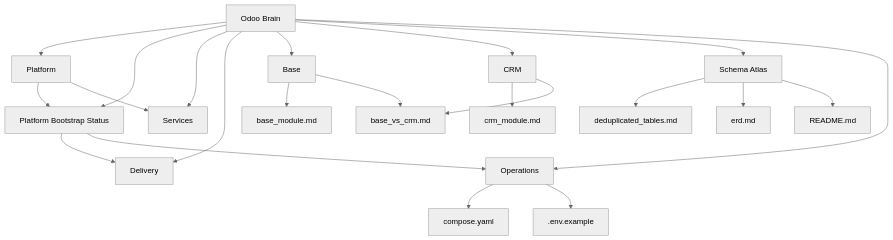
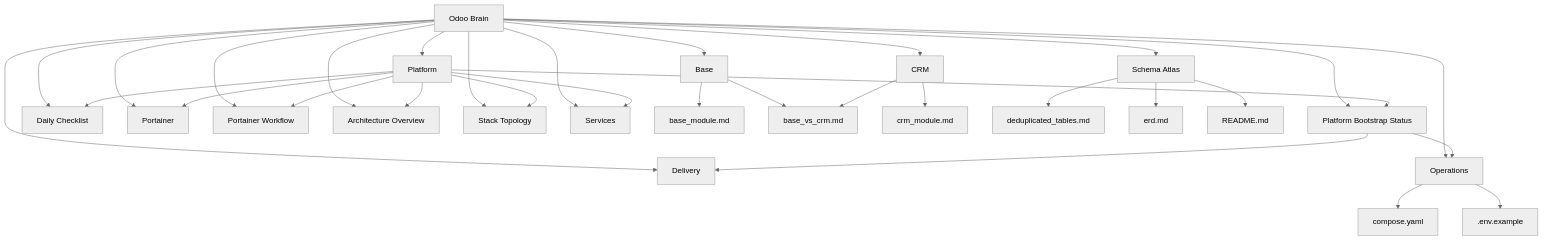
One commit to Jairogelpi/odoo19_sh_imitation changed the diagram in docs/00_Odoo_Brain.md. Above: the diagram before and after it, drawn with Mermaid (neutral theme). The commit also changed other lines of this file and 17 other files, not shown here.

````diff
--- a/docs/00_Odoo_Brain.md
+++ b/docs/00_Odoo_Brain.md
@@ -16,24 +29,34 @@
 ```mermaid
 graph TD
   Home[Odoo Brain] --> Platform[Platform]
   Home --> Bootstrap[Platform Bootstrap Status]
+  Home --> Checklist[Daily Checklist]
+  Home --> Portainer[Portainer]
+  Home --> PortainerWorkflow[Portainer Workflow]
+  Home --> ArchitectureOverview[Architecture Overview]
+  Home --> Topology[Stack Topology]
   Home --> Services[Services]
   Home --> Delivery[Delivery]
   Home --> Base[Base]
   Home --> CRM[CRM]
   Home --> Schema[Schema Atlas]
   Home --> Ops[Operations]
   Platform --> Bootstrap
   Platform --> Services
+  Platform --> Checklist
+  Platform --> Portainer
+  Platform --> PortainerWorkflow
+  Platform --> ArchitectureOverview
+  Platform --> Topology
   Bootstrap --> Delivery
   Bootstrap --> Ops
   Base --> BaseDoc[base_module.md]
   Base --> Compare[base_vs_crm.md]
   CRM --> CRMDoc[crm_module.md]
   CRM --> Compare
   Schema --> Catalog[deduplicated_tables.md]
   Schema --> ERD[erd.md]
   Schema --> Readme[README.md]
   Ops --> Compose[compose.yaml]
   Ops --> Env[.env.example]
 ```
````
